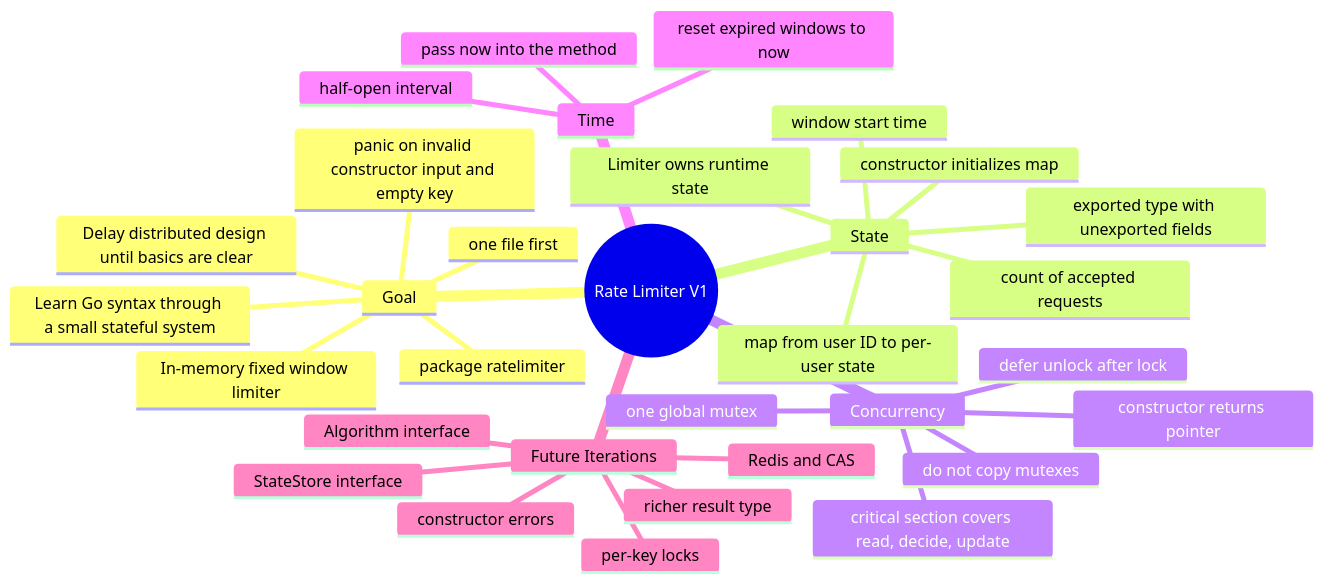
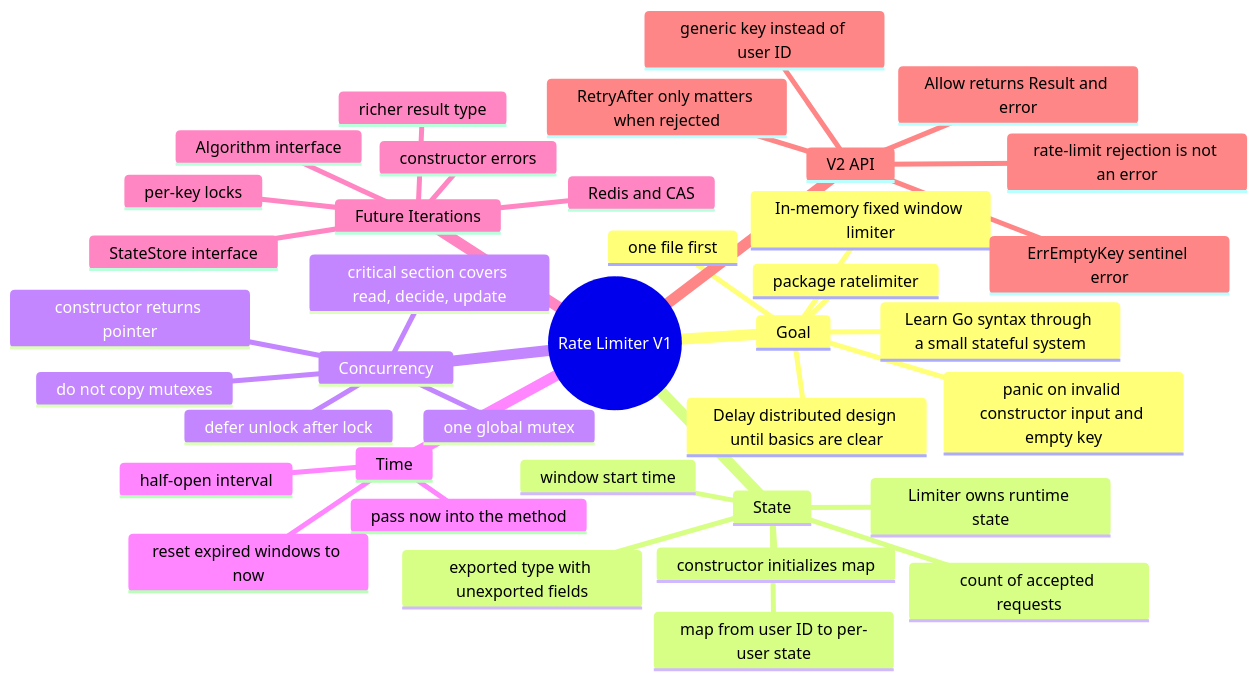
Before and after one commit to Harsh-Upadhayay/ratelimiter: the diagram in docs/mindmaps/V1 Learning Mindmap.md, drawn with Mermaid. The commit also changed other lines of this file and 15 other files, not shown here.

Commit message:
feat: enhance rate limiter API with error handling and result struct, update documentation and tests

````diff
--- a/docs/mindmaps/V1 Learning Mindmap.md
+++ b/docs/mindmaps/V1 Learning Mindmap.md
@@ -5,35 +5,41 @@
 ```mermaid
 mindmap
   root((Rate Limiter V1))
     Goal
       In-memory fixed window limiter
       Learn Go syntax through a small stateful system
       Delay distributed design until basics are clear
       package ratelimiter
       one file first
       panic on invalid constructor input and empty key
     State
       Limiter owns runtime state
       exported type with unexported fields
       map from user ID to per-user state
       count of accepted requests
       window start time
       constructor initializes map
     Concurrency
       one global mutex
       critical section covers read, decide, update
       defer unlock after lock
       do not copy mutexes
       constructor returns pointer
     Time
       pass now into the method
       reset expired windows to now
       half-open interval
     Future Iterations
       Algorithm interface
       StateStore interface
       richer result type
       constructor errors
       per-key locks
       Redis and CAS
+    V2 API
+      Allow returns Result and error
+      generic key instead of user ID
+      ErrEmptyKey sentinel error
+      rate-limit rejection is not an error
+      RetryAfter only matters when rejected
 ```
````
